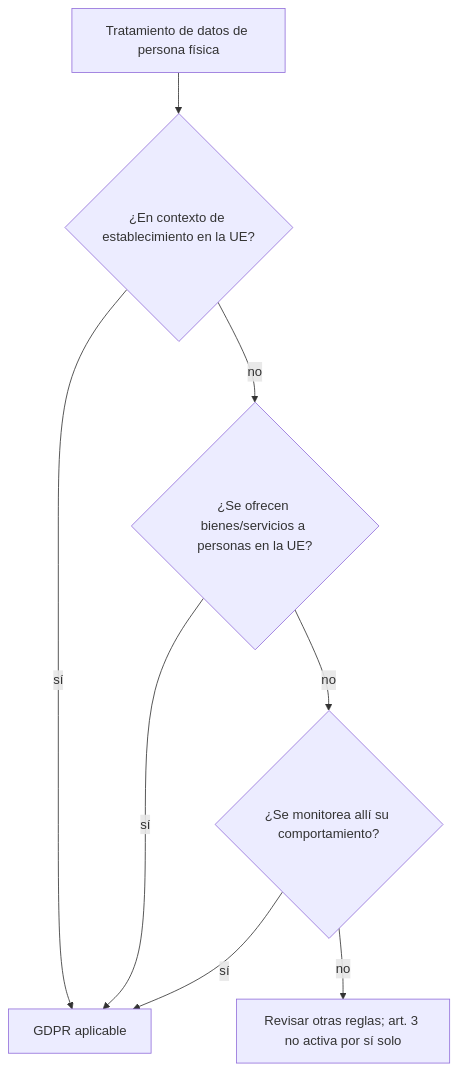
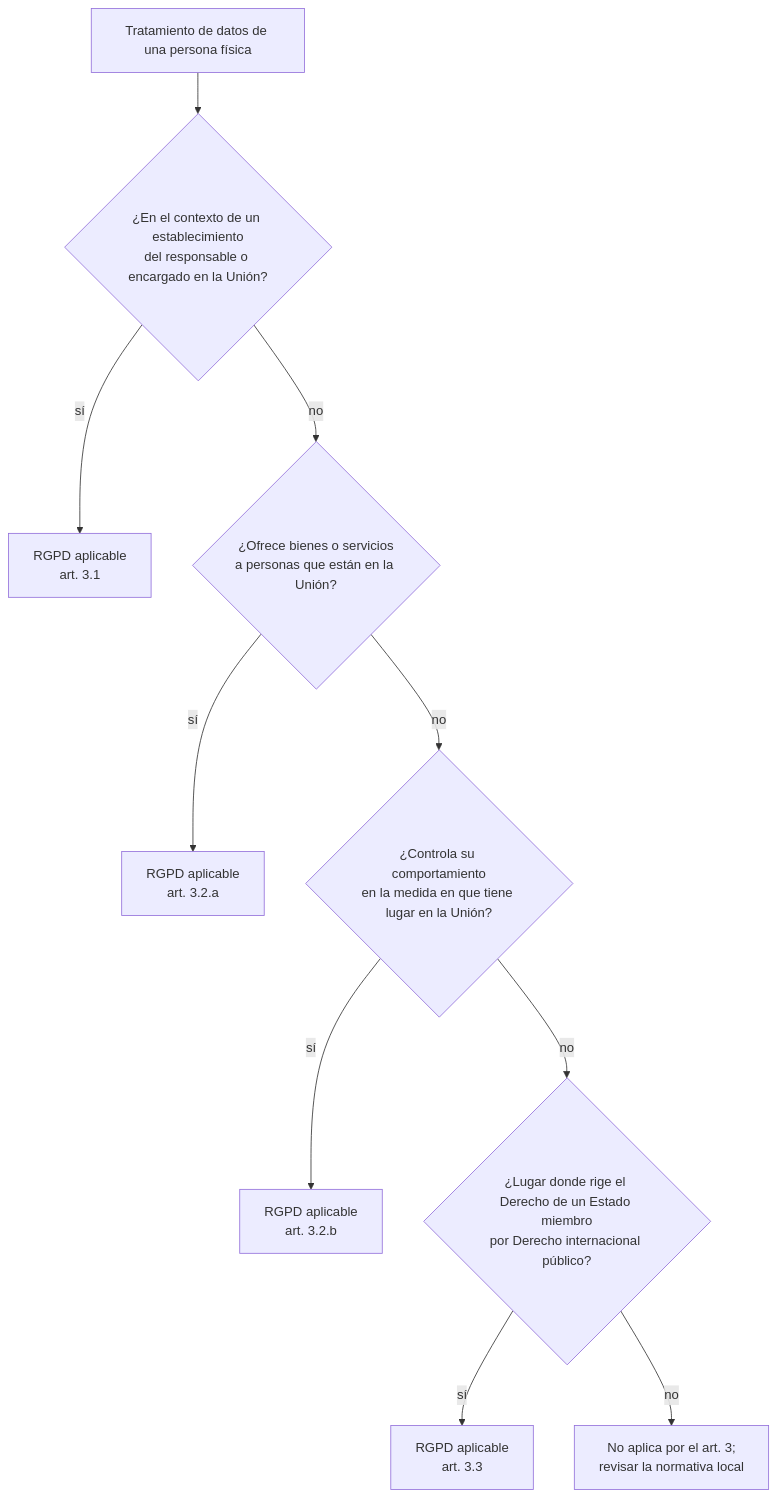
One commit to unlam-informatica/unlam-informatica.github.io changed the first of 2 diagrams in src/content/docs/bbdd-aplicadas/unidad-6/teoria/gdpr.md. Above: the diagram before and after it, drawn with Mermaid. The commit also changed other lines of this file and 100 other files, not shown here.

````diff
--- a/src/content/docs/bbdd-aplicadas/unidad-6/teoria/gdpr.md
+++ b/src/content/docs/bbdd-aplicadas/unidad-6/teoria/gdpr.md
@@ -13,10 +38,12 @@
 ```mermaid
 flowchart TD
-    X[Tratamiento de datos de persona física] --> A{¿En contexto de establecimiento en la UE?}
-    A -->|sí| G[GDPR aplicable]
-    A -->|no| B{¿Se ofrecen bienes/servicios a personas en la UE?}
-    B -->|sí| G
-    B -->|no| C{¿Se monitorea allí su comportamiento?}
-    C -->|sí| G
-    C -->|no| N[Revisar otras reglas; art. 3 no activa por sí solo]
+    X[Tratamiento de datos de una persona física] --> A{¿En el contexto de un establecimiento<br/>del responsable o encargado en la Unión?}
+    A -->|sí| G[RGPD aplicable<br/>art. 3.1]
+    A -->|no| B{¿Ofrece bienes o servicios<br/>a personas que están en la Unión?}
+    B -->|sí| G2[RGPD aplicable<br/>art. 3.2.a]
+    B -->|no| C{¿Controla su comportamiento<br/>en la medida en que tiene lugar en la Unión?}
+    C -->|sí| G3[RGPD aplicable<br/>art. 3.2.b]
+    C -->|no| D{¿Lugar donde rige el Derecho de un Estado miembro<br/>por Derecho internacional público?}
+    D -->|sí| G4[RGPD aplicable<br/>art. 3.3]
+    D -->|no| N[No aplica por el art. 3;<br/>revisar la normativa local]
 ```
````
